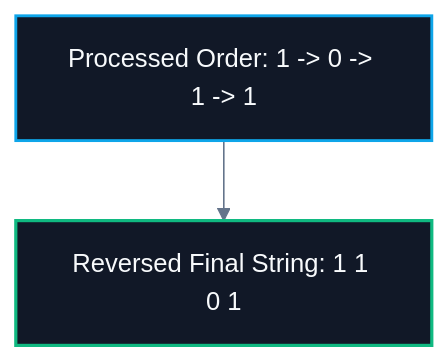
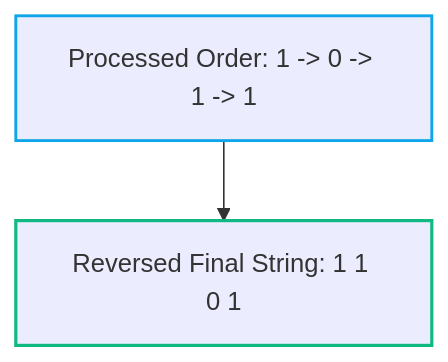
One commit to abhinavbharti2345/CS_Notes changed the second of 2 diagrams in CS/DSA/01. Strings/Add Binary & String Arithmetic.md. Above: the diagram before and after it, drawn with Mermaid. The commit also changed other lines of this file and 91 other files, not shown here.

````diff
--- a/CS/DSA/01. Strings/Add Binary & String Arithmetic.md
+++ b/CS/DSA/01. Strings/Add Binary & String Arithmetic.md
@@ -69,11 +68,10 @@
 ```mermaid
-%%{init: {'theme': 'base', 'themeVariables': { 'darkMode': true, 'background': '#0B0F14', 'mainBkg': '#111827', 'primaryColor': '#111827', 'primaryTextColor': '#F8FAFC', 'primaryBorderColor': '#38BDF8', 'lineColor': '#64748B', 'secondaryColor': '#0B0F14', 'tertiaryColor': '#0B0F14', 'clusterBkg': '#0B0F14', 'clusterBorder': '#38BDF8' }}}%%
 flowchart TD
     P["Processed Order: 1 -> 0 -> 1 -> 1"] --> R["Reversed Final String: 1 1 0 1"]
     
-    classDef proc fill:#111827,stroke:#0ea5e9,stroke-width:1.8px,color:#F8FAFC;
-    classDef rev fill:#111827,stroke:#10b981,stroke-width:2px,color:#F8FAFC;
+    classDef proc stroke:#0ea5e9,stroke-width:1.8px;
+    classDef rev stroke:#10b981,stroke-width:2px;
     
     class P proc;
     class R rev;
 ```
````
